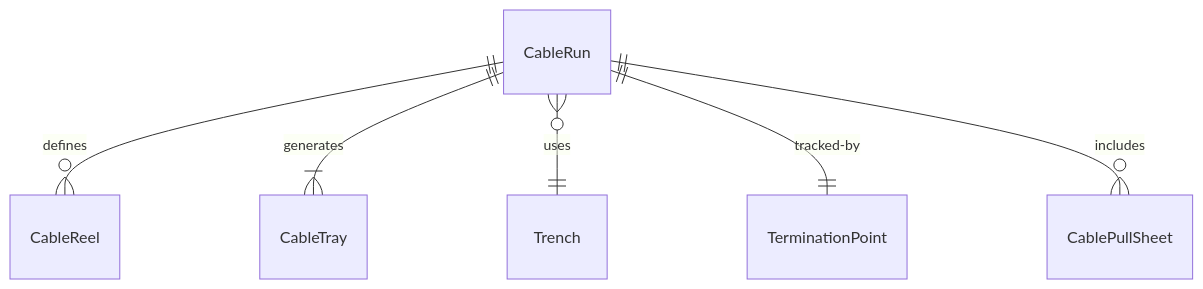
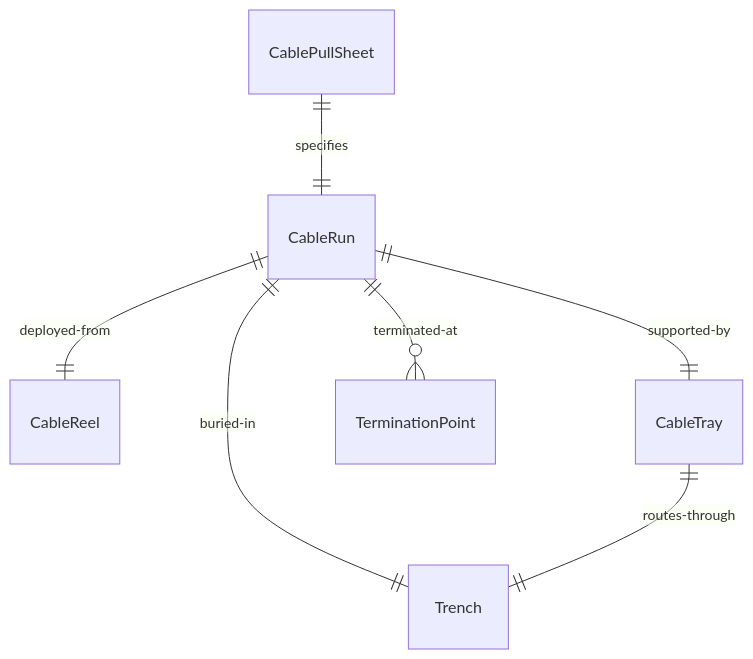
One commit to dot-org-ai/tasks.org.ai changed the first of 4 diagrams in HandlingAndMovingObjects/ConnectComponentsOrSupplyLinesToEquipmentOrTools/LayCablesConnectEquipment.mdx. Above: the diagram before and after it, drawn with Mermaid. The commit also changed other lines of this file and 515 other files, not shown here.

````diff
--- a/HandlingAndMovingObjects/ConnectComponentsOrSupplyLinesToEquipmentOrTools/LayCablesConnectEquipment.mdx
+++ b/HandlingAndMovingObjects/ConnectComponentsOrSupplyLinesToEquipmentOrTools/LayCablesConnectEquipment.mdx
@@ -87,8 +87,9 @@
 ```mermaid
 erDiagram
-    CableRun ||--o{ CableReel : "defines"
-    CableRun ||--|{ CableTray : "generates"
-    CableRun }o--|| Trench : "uses"
-    CableRun ||--|| TerminationPoint : "tracked-by"
-    CableRun ||--o{ CablePullSheet : "includes"
+    CablePullSheet ||--|| CableRun : "specifies"
+    CableRun ||--|| CableReel : "deployed-from"
+    CableRun ||--|| CableTray : "supported-by"
+    CableRun ||--|| Trench : "buried-in"
+    CableRun ||--o{ TerminationPoint : "terminated-at"
+    CableTray ||--|| Trench : "routes-through"
 ```
````
